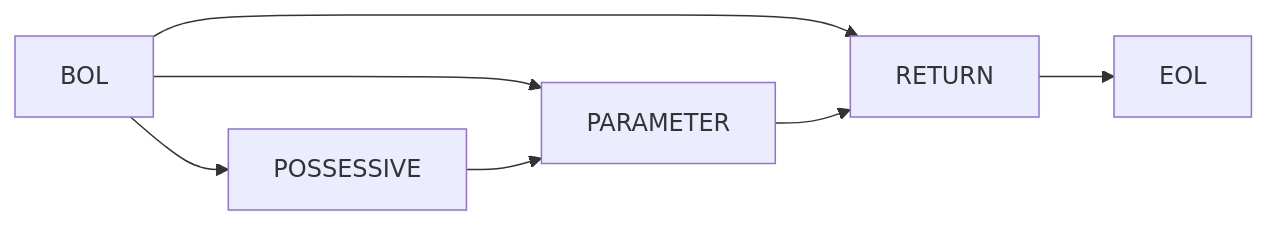
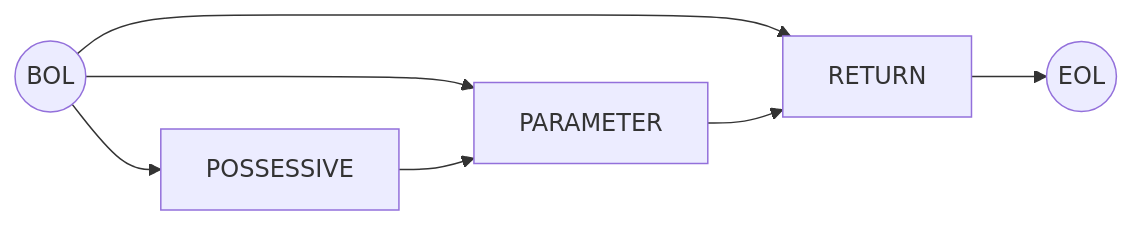
Before and after one commit to rewhowe/snapdragon: the fourth of 15 diagrams in documentation/nfsm.md, drawn with Mermaid. The commit also changed other lines of this file and 16 other files, not shown here.

````diff
--- a/documentation/nfsm.md
+++ b/documentation/nfsm.md
@@ -94,12 +98,12 @@
 ```mermaid
 graph LR
-  BOL --> PARAMETER
+  BOL((BOL)) --> PARAMETER
   BOL --> POSSESSIVE
   BOL --> RETURN
 
   PARAMETER --> RETURN
 
   POSSESSIVE --> PARAMETER
 
-  RETURN --> EOL
+  RETURN --> EOL((EOL))
 ```
````
